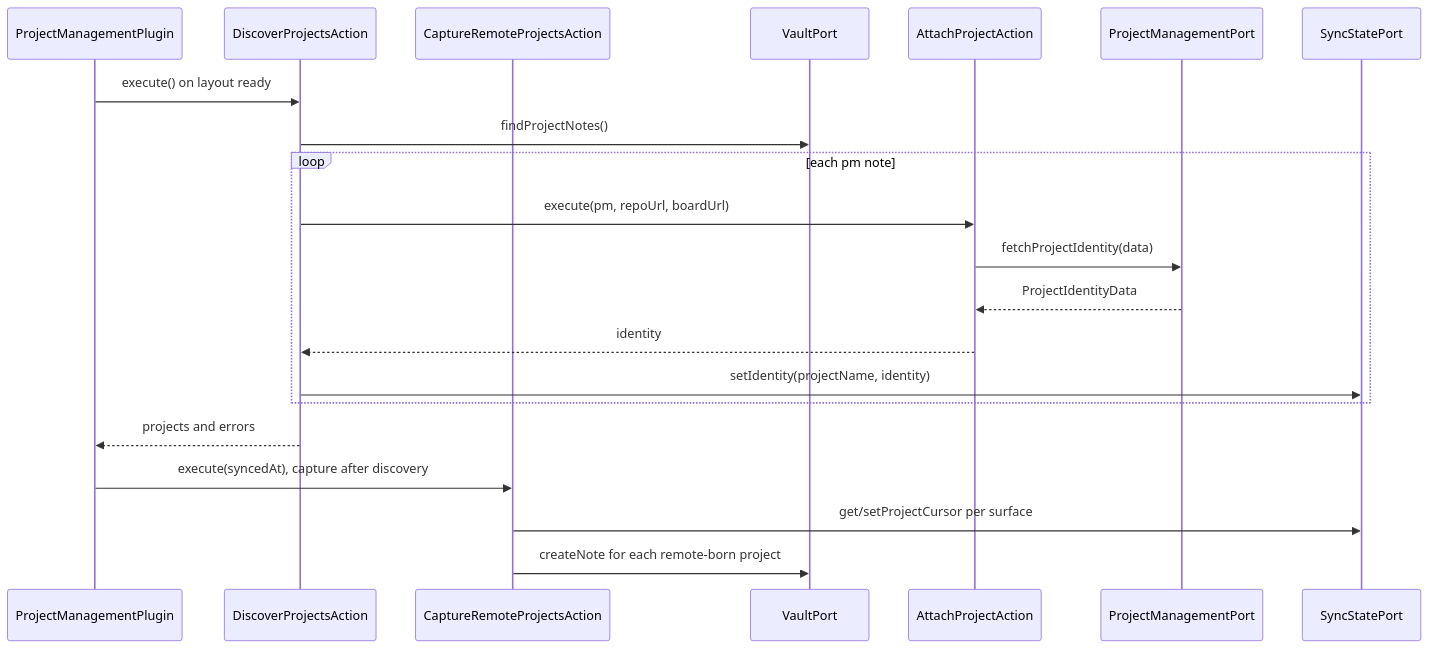
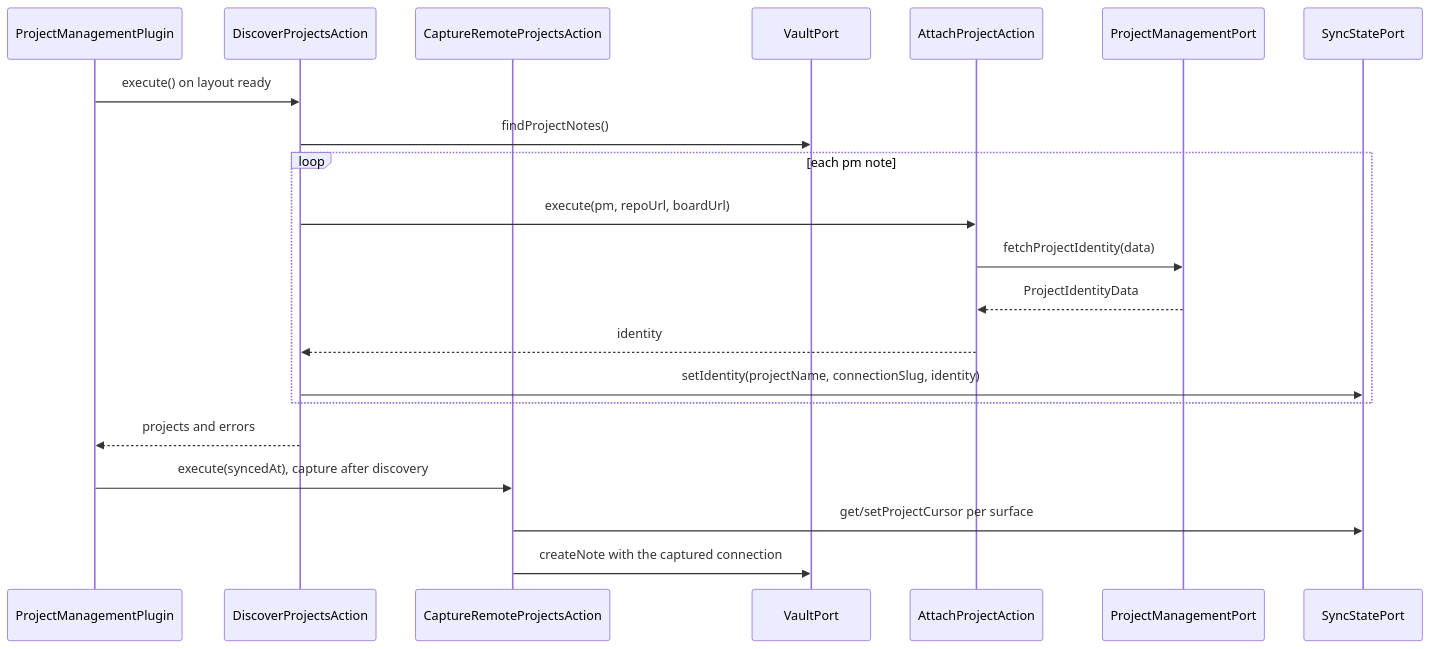
Diagram 24 of 25 in docs/developer-manual.md (99linesofcode/obsidian-project-management), drawn with Mermaid before and after one commit. The commit also changed other lines of this file and 188 other files, not shown here.

````diff
--- a/docs/developer-manual.md
+++ b/docs/developer-manual.md
@@ -990,24 +1013,24 @@
 ```mermaid
 sequenceDiagram
   participant P as ProjectManagementPlugin
   participant D as DiscoverProjectsAction
   participant Cap as CaptureRemoteProjectsAction
   participant V as VaultPort
   participant A as AttachProjectAction
   participant PM as ProjectManagementPort
   participant SS as SyncStatePort
 
   P->>D: execute() on layout ready
   D->>V: findProjectNotes()
   loop each pm note
     D->>A: execute(pm, repoUrl, boardUrl)
     A->>PM: fetchProjectIdentity(data)
     PM-->>A: ProjectIdentityData
     A-->>D: identity
-    D->>SS: setIdentity(projectName, identity)
+    D->>SS: setIdentity(projectName, connectionSlug, identity)
   end
   D-->>P: projects and errors
   P->>Cap: execute(syncedAt), capture after discovery
   Cap->>SS: get/setProjectCursor per surface
-  Cap->>V: createNote for each remote-born project
+  Cap->>V: createNote with the captured connection
 ```
````
